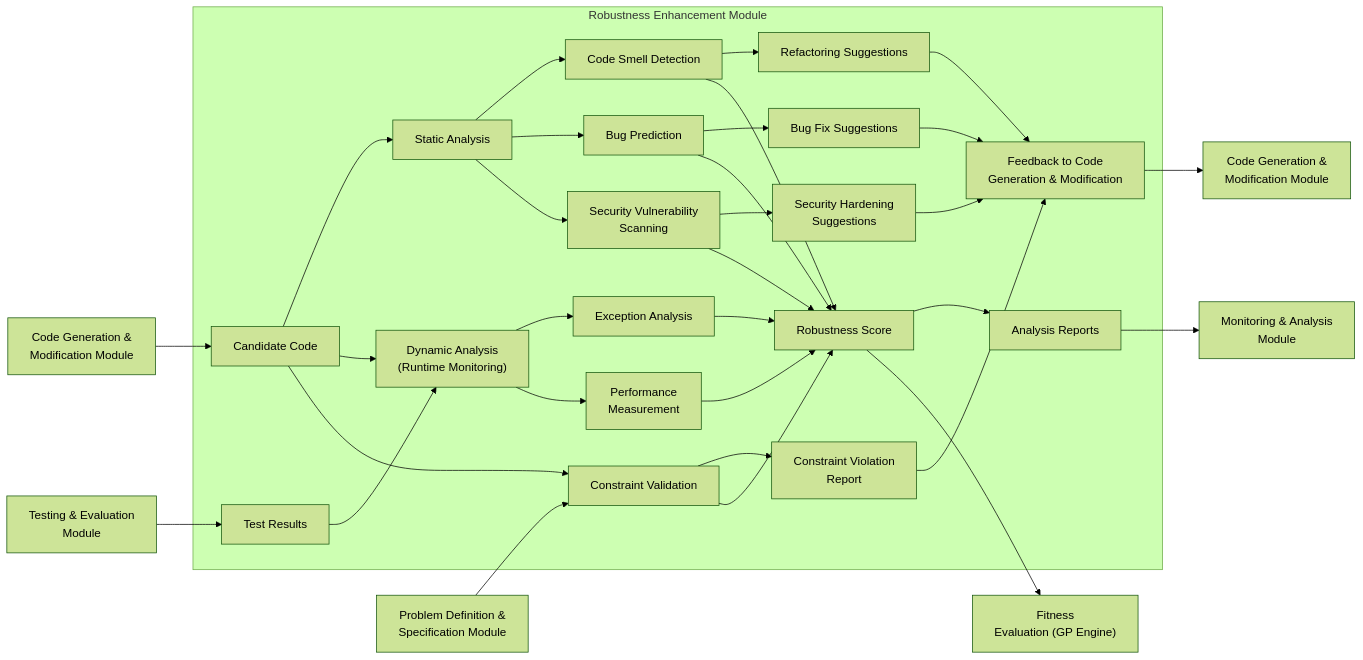
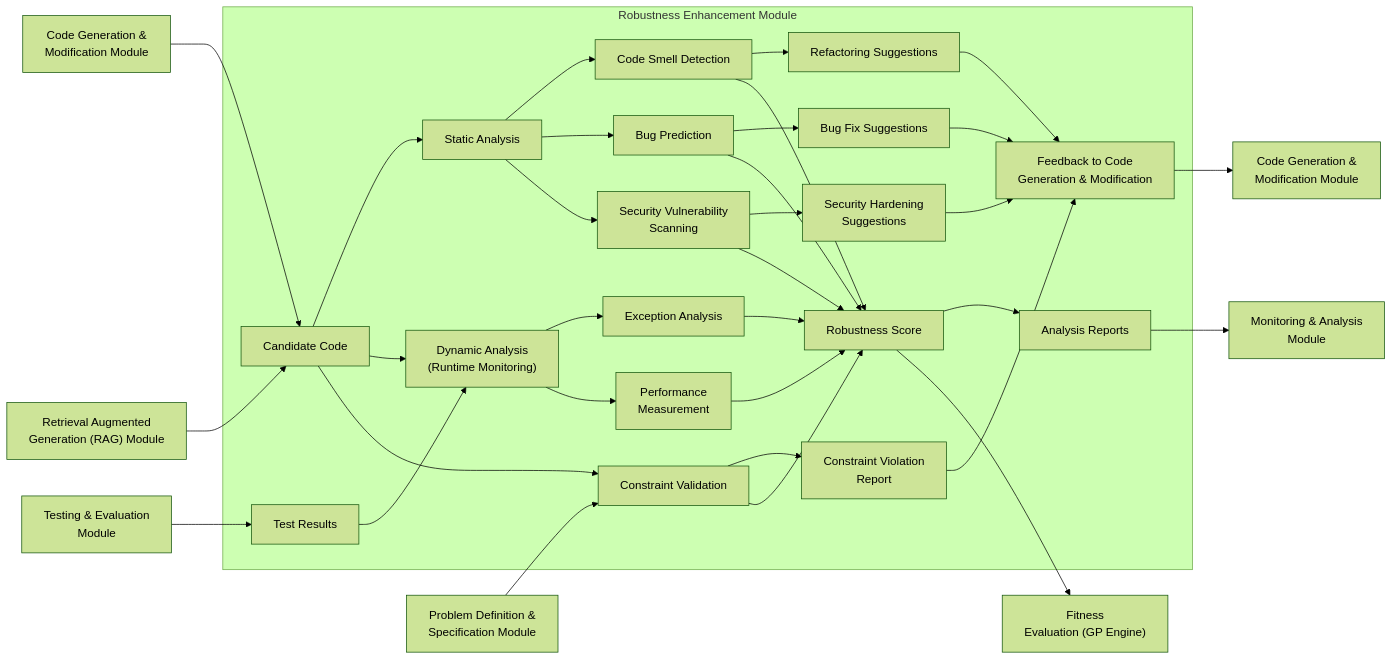
Before and after one commit to nshkrdotcom/diagram_experiments: the diagram in software_dev/4-robustness.mermaid, drawn with Mermaid (forest theme).

```diff
--- a/software_dev/4-robustness.mermaid
+++ b/software_dev/4-robustness.mermaid
@@ -1,33 +1,33 @@
 graph LR
     subgraph "Robustness Enhancement Module"
         A[Candidate Code] --> B[Static Analysis]
         B --> C[Code Smell Detection]
         B --> D[Bug Prediction]
         B --> E[Security Vulnerability<br>Scanning]
 
         A --> F["Dynamic Analysis<br>(Runtime Monitoring)"]
         F --> G["Exception Analysis"]
         F --> H["Performance<br>Measurement"]
         T[Test Results] --> F
 
         A --> I[Constraint Validation]
 
         C --> J[Refactoring Suggestions]
         D --> K[Bug Fix Suggestions]
         E --> L[Security Hardening<br>Suggestions]
         I --> M[Constraint Violation<br>Report]
 
         J & K & L & M --> N[Feedback to Code<br>Generation & Modification]
         
         C & D & E & G & H & I --> O[Robustness Score]
         O --> AA[Analysis Reports]
     end
 
     O --> P["Fitness<br>Evaluation (GP Engine)"]
     N --> Q[Code Generation &<br>Modification Module]
     U["Problem Definition &<br>Specification Module"] --> I
     V[Code Generation &<br>Modification Module] --> A
     W[Testing & Evaluation<br>Module] --> T
+    Y["Retrieval Augmented<br>Generation (RAG) Module"] --> A 
     Z["Monitoring & Analysis<br>Module"]
-
-    AA --> Z
+    AA[Analysis Reports] --> Z
```
